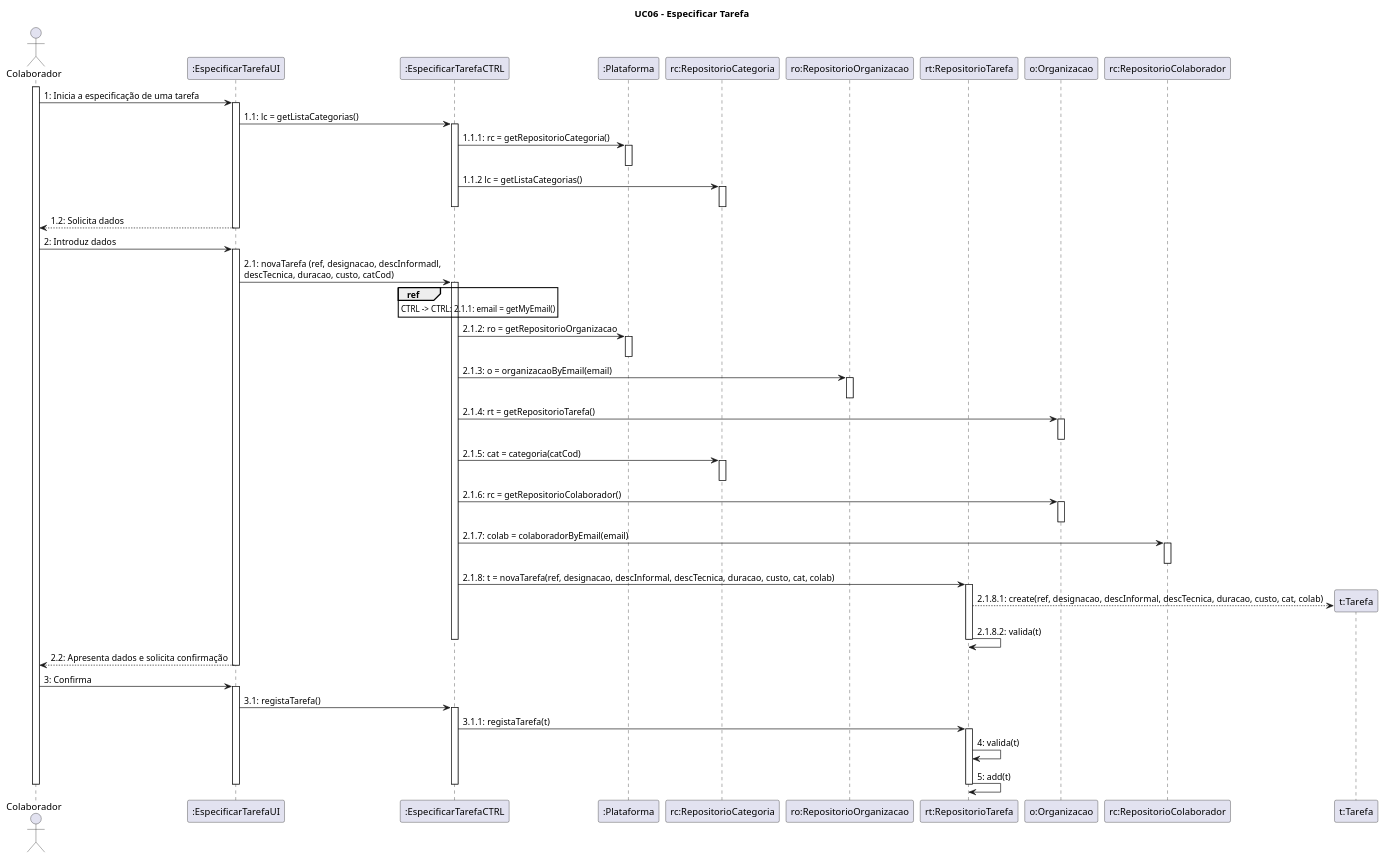
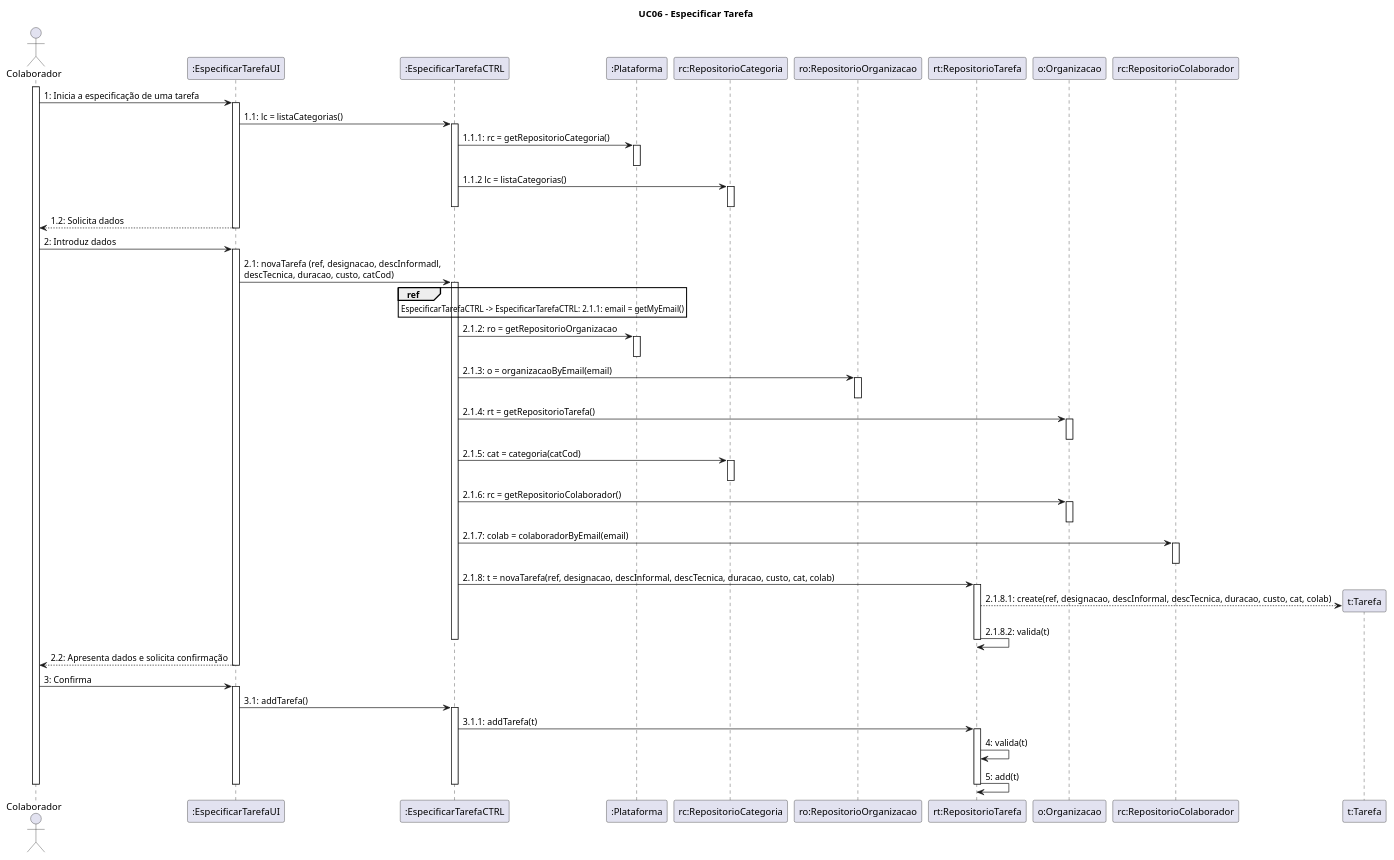
The diagram in Sprint 2/UC06_Especificar_Tarefa/UC06_Especificar_Tarefa_Diagrama_Sequencia.puml (blestonbandeiraUPSKILL/upskill_java1_labprg_grupo2), drawn with PlantUML before and after one commit. The commit also changed 11 other files, not shown here.

```diff
--- a/Sprint 2/UC06_Especificar_Tarefa/UC06_Especificar_Tarefa_Diagrama_Sequencia.puml
+++ b/Sprint 2/UC06_Especificar_Tarefa/UC06_Especificar_Tarefa_Diagrama_Sequencia.puml
@@ -1,86 +1,86 @@
 @startuml
 
 title UC06 - Especificar Tarefa
 
 actor Colaborador 
-participant ":EspecificarTarefaUI" as UI
-participant ":EspecificarTarefaCTRL" as CTRL
+participant ":EspecificarTarefaUI" as EspecificarTarefaUI
+participant ":EspecificarTarefaCTRL" as EspecificarTarefaCTRL
 participant ":Plataforma" as Plataforma
 participant "rc:RepositorioCategoria" as RepositorioCategoria
 participant "ro:RepositorioOrganizacao" as RepositorioOrganizacao
 participant "rt:RepositorioTarefa" as RepositorioTarefa
 participant "o:Organizacao" as Organizacao
 participant "rc:RepositorioColaborador" as RepositorioColaborador
 
 activate Colaborador
-Colaborador -> UI: 1: Inicia a especificação de uma tarefa
-activate UI
-UI -> CTRL: 1.1: lc = getListaCategorias()
-activate CTRL
-CTRL -> Plataforma: 1.1.1: rc = getRepositorioCategoria()
+Colaborador -> EspecificarTarefaUI: 1: Inicia a especificação de uma tarefa
+activate EspecificarTarefaUI
+EspecificarTarefaUI -> EspecificarTarefaCTRL: 1.1: lc = listaCategorias()
+activate EspecificarTarefaCTRL
+EspecificarTarefaCTRL -> Plataforma: 1.1.1: rc = getRepositorioCategoria()
 activate Plataforma
 deactivate Plataforma
-CTRL -> RepositorioCategoria: 1.1.2 lc = getListaCategorias()
+EspecificarTarefaCTRL -> RepositorioCategoria: 1.1.2 lc = listaCategorias()
 activate RepositorioCategoria
 deactivate RepositorioCategoria
-deactivate CTRL
-UI --> Colaborador: 1.2: Solicita dados
-deactivate UI
+deactivate EspecificarTarefaCTRL
+EspecificarTarefaUI --> Colaborador: 1.2: Solicita dados
+deactivate EspecificarTarefaUI
 
-Colaborador -> UI: 2: Introduz dados
-activate UI
-UI -> CTRL: 2.1: novaTarefa (ref, designacao, descInformadl, \ndescTecnica, duracao, custo, catCod)
-activate CTRL
-ref over CTRL
-CTRL -> CTRL: 2.1.1: email = getMyEmail()
+Colaborador -> EspecificarTarefaUI: 2: Introduz dados
+activate EspecificarTarefaUI
+EspecificarTarefaUI -> EspecificarTarefaCTRL: 2.1: novaTarefa (ref, designacao, descInformadl, \ndescTecnica, duracao, custo, catCod)
+activate EspecificarTarefaCTRL
+ref over EspecificarTarefaCTRL
+EspecificarTarefaCTRL -> EspecificarTarefaCTRL: 2.1.1: email = getMyEmail()
 end ref
-CTRL -> Plataforma: 2.1.2: ro = getRepositorioOrganizacao
+EspecificarTarefaCTRL -> Plataforma: 2.1.2: ro = getRepositorioOrganizacao
 activate Plataforma
 deactivate Plataforma
-CTRL -> RepositorioOrganizacao: 2.1.3: o = organizacaoByEmail(email)
+EspecificarTarefaCTRL -> RepositorioOrganizacao: 2.1.3: o = organizacaoByEmail(email)
 activate RepositorioOrganizacao
 deactivate RepositorioOrganizacao
-CTRL -> Organizacao: 2.1.4: rt = getRepositorioTarefa()
+EspecificarTarefaCTRL -> Organizacao: 2.1.4: rt = getRepositorioTarefa()
 activate Organizacao
 deactivate Organizacao
-CTRL -> RepositorioCategoria: 2.1.5: cat = categoria(catCod)
+EspecificarTarefaCTRL -> RepositorioCategoria: 2.1.5: cat = categoria(catCod)
 activate RepositorioCategoria
 deactivate RepositorioCategoria
-CTRL -> Organizacao: 2.1.6: rc = getRepositorioColaborador()
+EspecificarTarefaCTRL -> Organizacao: 2.1.6: rc = getRepositorioColaborador()
 activate Organizacao
 deactivate Organizacao
-CTRL -> RepositorioColaborador: 2.1.7: colab = colaboradorByEmail(email)
+EspecificarTarefaCTRL -> RepositorioColaborador: 2.1.7: colab = colaboradorByEmail(email)
 activate RepositorioColaborador
 deactivate RepositorioColaborador
-CTRL -> RepositorioTarefa: 2.1.8: t = novaTarefa(ref, designacao, descInformal, descTecnica, duracao, custo, cat, colab)
+EspecificarTarefaCTRL -> RepositorioTarefa: 2.1.8: t = novaTarefa(ref, designacao, descInformal, descTecnica, duracao, custo, cat, colab)
 activate RepositorioTarefa
 RepositorioTarefa --> "t:Tarefa" **: 2.1.8.1: create(ref, designacao, descInformal, descTecnica, duracao, custo, cat, colab)
 RepositorioTarefa -> RepositorioTarefa: 2.1.8.2: valida(t)
 deactivate RepositorioTarefa
-deactivate CTRL
-UI --> Colaborador: 2.2: Apresenta dados e solicita confirmação
-deactivate UI
-Colaborador -> UI: 3: Confirma
-activate UI
-UI -> CTRL: 3.1: registaTarefa()
-activate CTRL
-CTRL -> RepositorioTarefa: 3.1.1: registaTarefa(t)
+deactivate EspecificarTarefaCTRL
+EspecificarTarefaUI --> Colaborador: 2.2: Apresenta dados e solicita confirmação
+deactivate EspecificarTarefaUI
+Colaborador -> EspecificarTarefaUI: 3: Confirma
+activate EspecificarTarefaUI
+EspecificarTarefaUI -> EspecificarTarefaCTRL: 3.1: addTarefa()
+activate EspecificarTarefaCTRL
+EspecificarTarefaCTRL -> RepositorioTarefa: 3.1.1: addTarefa(t)
 activate RepositorioTarefa
 RepositorioTarefa -> RepositorioTarefa: 4: valida(t)
 RepositorioTarefa -> RepositorioTarefa: 5: add(t)
 deactivate RepositorioTarefa
-deactivate CTRL
-deactivate UI
+deactivate EspecificarTarefaCTRL
+deactivate EspecificarTarefaUI
 deactivate Colaborador
 
 
 
 
 
 
 
 
 
 
 
 @enduml
```
